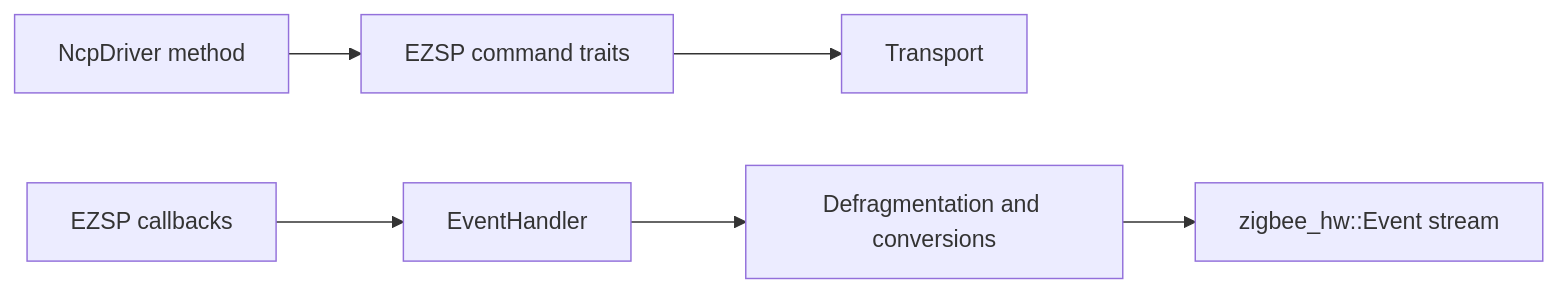
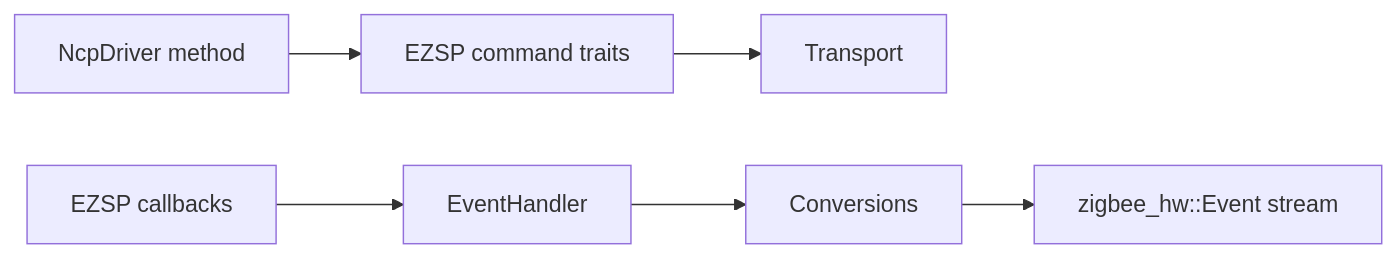
One commit to PaulmannLighting/ezsp changed the sixth of 6 diagrams in ARCHITECTURE.md. Above: the diagram before and after it, drawn with Mermaid. The commit also changed other lines of this file, not shown here.

````diff
--- a/ARCHITECTURE.md
+++ b/ARCHITECTURE.md
@@ -336,9 +324,9 @@
 ```mermaid
 flowchart LR
     A[NcpDriver method] --> B[EZSP command traits]
     B --> C[Transport]
 
     D[EZSP callbacks] --> E[EventHandler]
-    E --> F[Defragmentation and conversions]
+    E --> F[Conversions]
     F --> G[zigbee_hw::Event stream]
 ```
````
